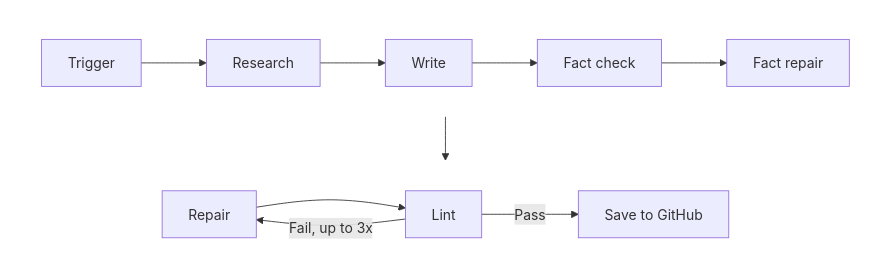
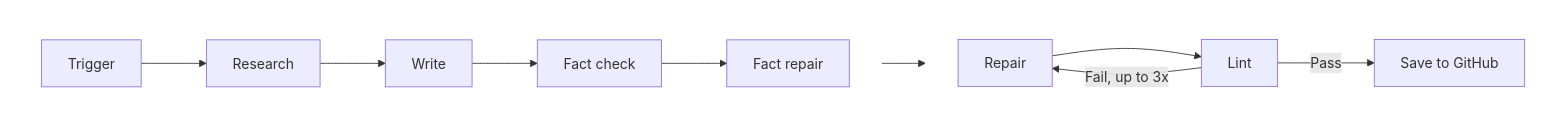
One commit to kevinsundstrom/vercel-case-study changed the diagram in README.md. Above: the diagram before and after it, drawn with Mermaid.

Commit message:
fix: switch outer flowchart to LR to force horizontal subgraph layout

````diff
--- a/README.md
+++ b/README.md
@@ -29,16 +29,16 @@
 ```mermaid
-flowchart TB
+flowchart LR
     subgraph top[ ]
         direction LR
         A[Trigger] --> B[Research] --> C[Write] --> D[Fact check] --> E[Fact repair]
     end
     subgraph bottom[ ]
         direction LR
         H[Repair] --> F[Lint] -->|Pass| G[Save to GitHub]
     end
     E --> F
     F -->|Fail, up to 3x| H
 
     style top fill:none,stroke:none
     style bottom fill:none,stroke:none
 ```
````
